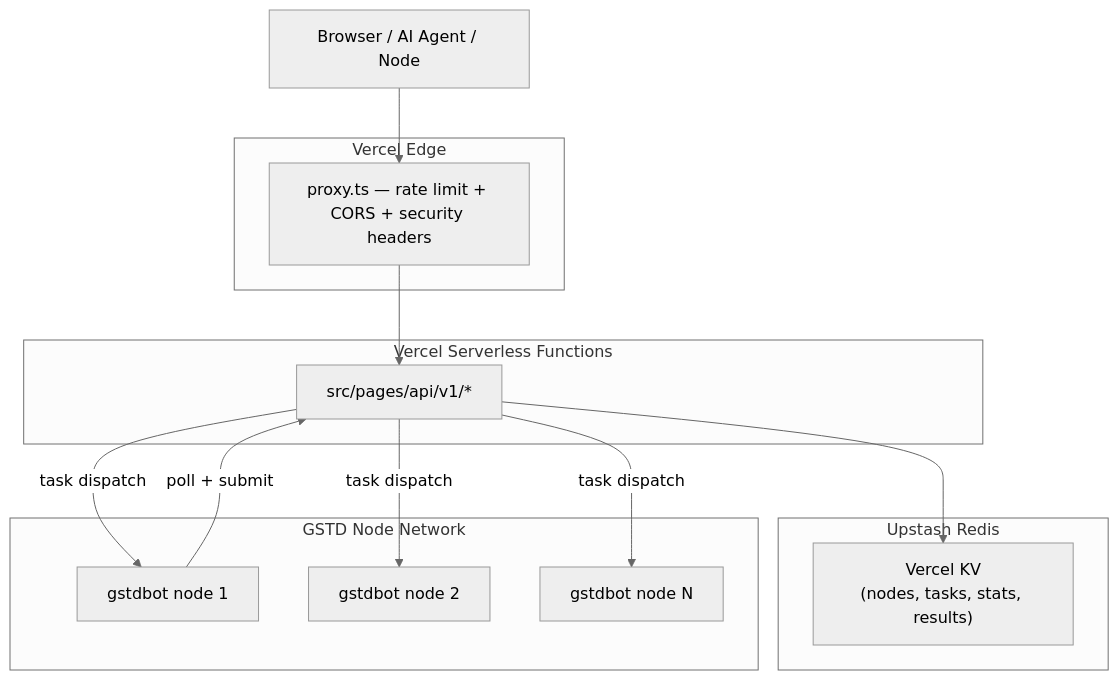
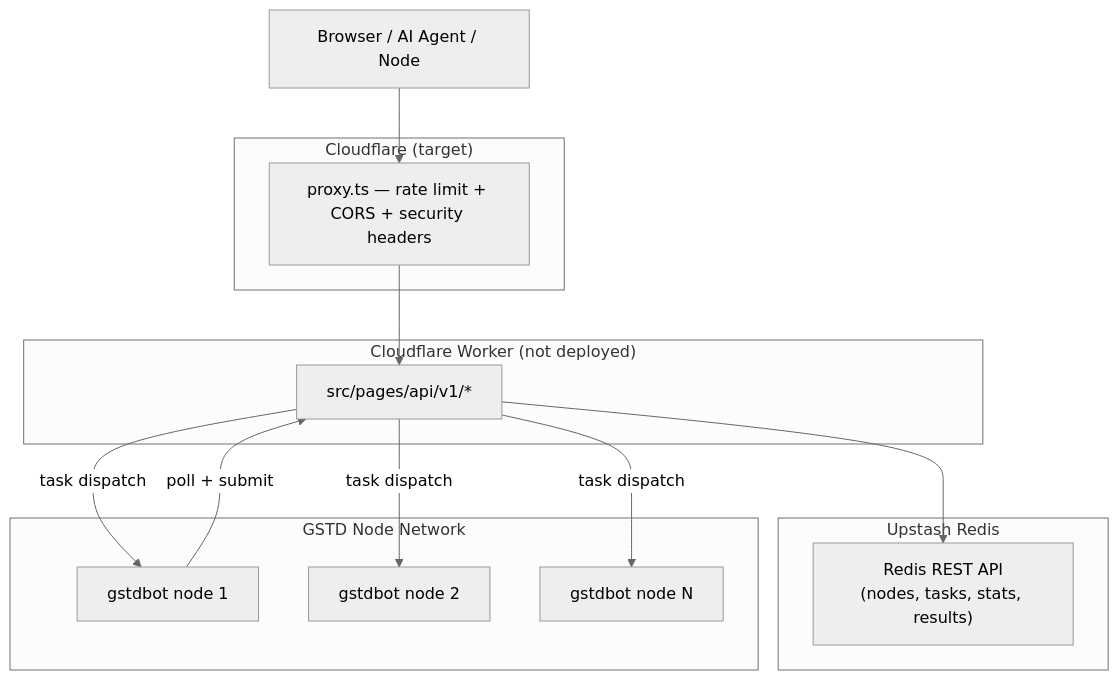
The diagram in docs/ARCHITECTURE.md (gstdcoin/ai), drawn with Mermaid (neutral theme) before and after one commit. The commit also changed other lines of this file and 18 other files, not shown here.

````diff
--- a/docs/ARCHITECTURE.md
+++ b/docs/ARCHITECTURE.md
@@ -25,30 +25,30 @@
 ```mermaid
 graph TB
     CLIENT["Browser / AI Agent / Node"]
 
-    subgraph "Vercel Edge"
+    subgraph "Cloudflare (target)"
         PROXY["proxy.ts — rate limit + CORS + security headers"]
     end
 
-    subgraph "Vercel Serverless Functions"
+    subgraph "Cloudflare Worker (not deployed)"
         API["src/pages/api/v1/*"]
     end
 
     subgraph "Upstash Redis"
-        KV["Vercel KV\n(nodes, tasks, stats, results)"]
+        KV["Redis REST API\n(nodes, tasks, stats, results)"]
     end
 
     subgraph "GSTD Node Network"
         NODE1["gstdbot node 1"]
         NODE2["gstdbot node 2"]
         NODEН["gstdbot node N"]
     end
 
     CLIENT --> PROXY
     PROXY --> API
     API --> KV
     API -->|"task dispatch"| NODE1
     API -->|"task dispatch"| NODE2
     API -->|"task dispatch"| NODEН
     NODE1 -->|"poll + submit"| API
 ```
````
